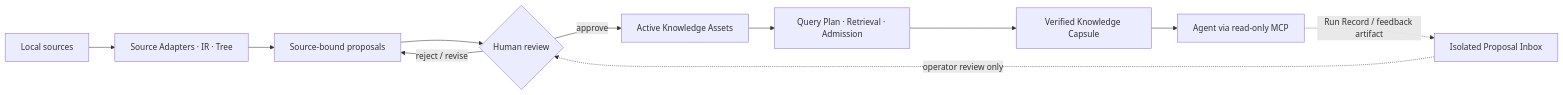
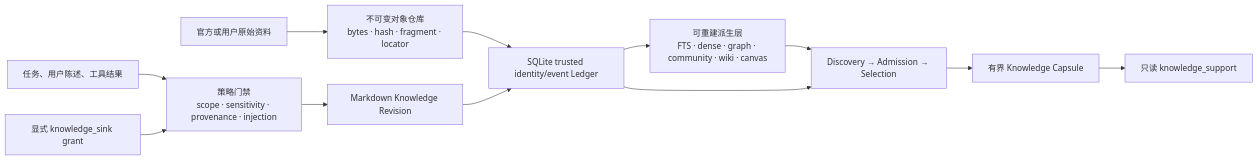
The diagram in README.md (Eysn0130/DeepLaw), drawn with Mermaid before and after one commit. The commit also changed other lines of this file and 97 other files, not shown here.

````diff
--- a/README.md
+++ b/README.md
@@ -148,13 +46,14 @@
 ```mermaid
 flowchart LR
-  S["Local sources"] --> IR["Source Adapters · IR · Tree"]
-  IR --> P["Source-bound proposals"]
-  P --> R{"Human review"}
-  R -->|approve| K["Active Knowledge Assets"]
-  R -->|reject / revise| P
-  K --> Q["Query Plan · Retrieval · Admission"]
-  Q --> C["Verified Knowledge Capsule"]
-  C --> A["Agent via read-only MCP"]
-  A -. "Run Record / feedback artifact" .-> I["Isolated Proposal Inbox"]
-  I -. "operator review only" .-> R
+  E["官方或用户原始资料"] --> CAS["不可变对象仓库\nbytes · hash · fragment · locator"]
+  A["任务、用户陈述、工具结果"] --> G["策略门禁\nscope · sensitivity · provenance · injection"]
+  G --> M["Markdown Knowledge Revision"]
+  CAS --> L["SQLite trusted identity/event Ledger"]
+  M --> L
+  L --> D["可重建派生层\nFTS · dense · graph · community · wiki · canvas"]
+  D --> Q["Discovery → Admission → Selection"]
+  L --> Q
+  Q --> C["有界 Knowledge Capsule"]
+  C --> R["只读 knowledge_support"]
+  S["显式 knowledge_sink grant"] --> G
 ```
````
